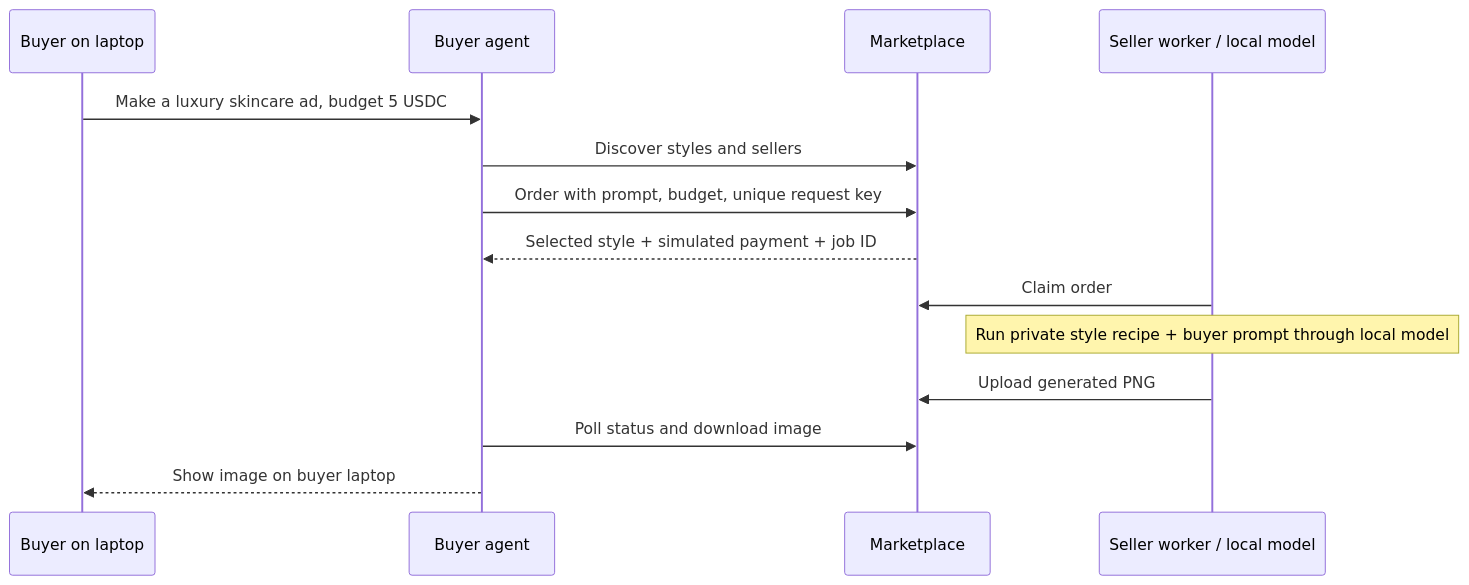
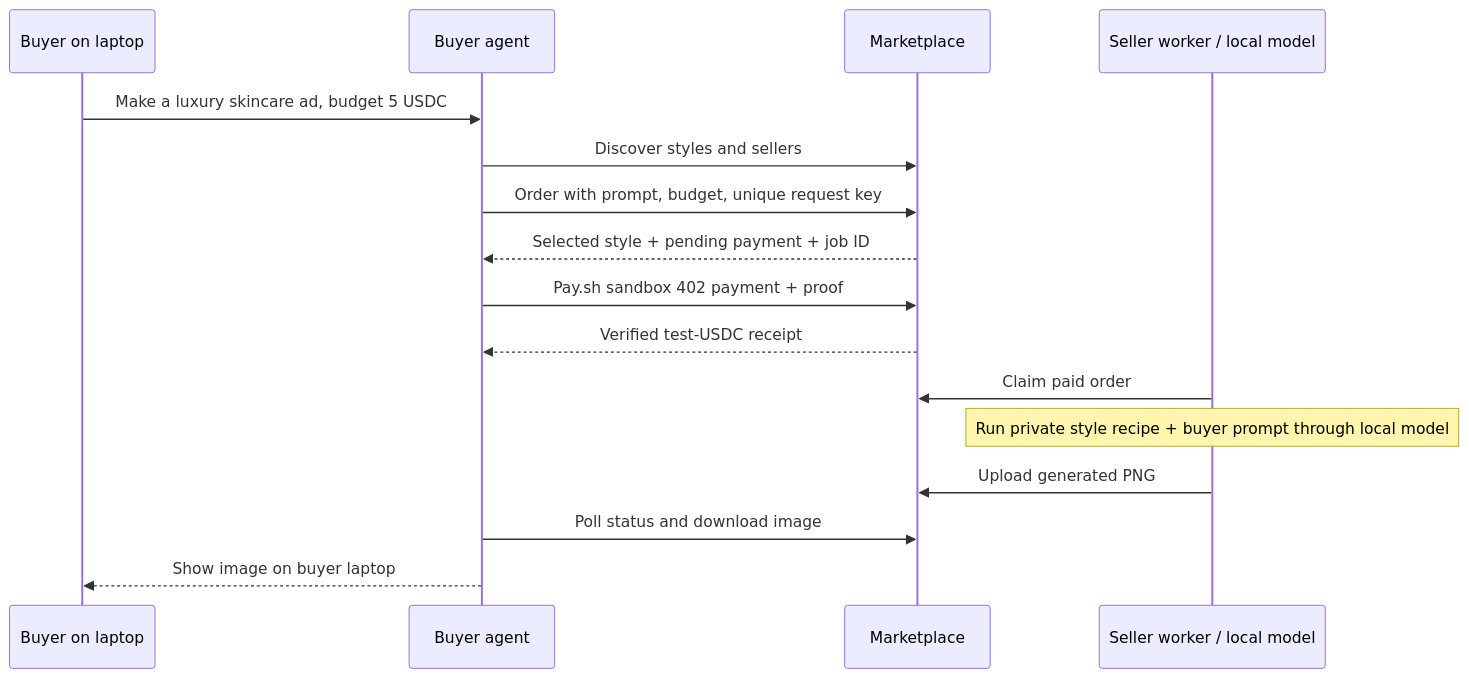
One commit to eminaz/MediaMarket changed the first of 2 diagrams in README.md. Above: the diagram before and after it, drawn with Mermaid. The commit also changed other lines of this file and 25 other files, not shown here.

Commit message:
Integrate real pay.sh sandbox checkout for marketplace orders

````diff
--- a/README.md
+++ b/README.md
@@ -46,16 +46,18 @@
 ```mermaid
 sequenceDiagram
     participant User as Buyer on laptop
     participant Agent as Buyer agent
     participant Market as Marketplace
     participant Seller as Seller worker / local model
     User->>Agent: Make a luxury skincare ad, budget 5 USDC
     Agent->>Market: Discover styles and sellers
     Agent->>Market: Order with prompt, budget, unique request key
-    Market-->>Agent: Selected style + simulated payment + job ID
-    Seller->>Market: Claim order
+    Market-->>Agent: Selected style + pending payment + job ID
+    Agent->>Market: Pay.sh sandbox 402 payment + proof
+    Market-->>Agent: Verified test-USDC receipt
+    Seller->>Market: Claim paid order
     Note over Seller: Run private style recipe + buyer prompt through local model
     Seller->>Market: Upload generated PNG
     Agent->>Market: Poll status and download image
     Agent-->>User: Show image on buyer laptop
 ```
````
